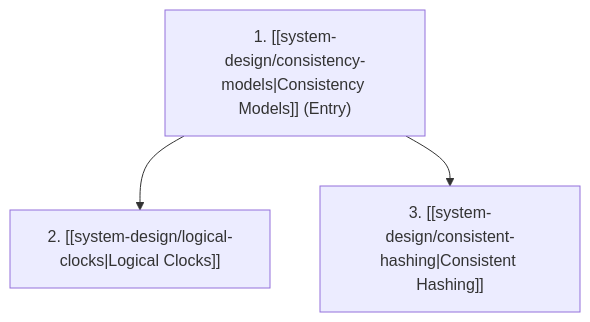
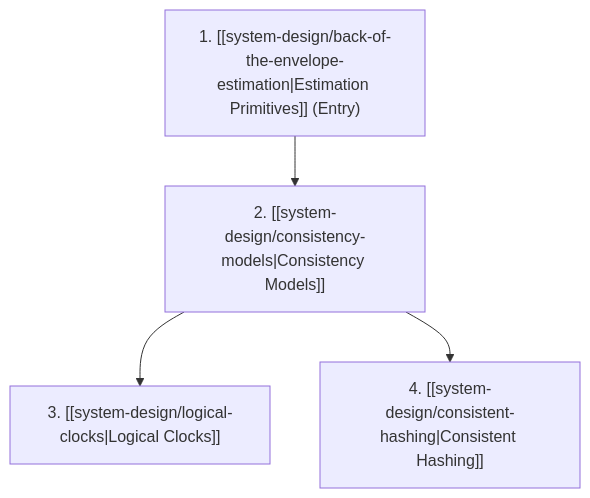
Before and after one commit to LOsioChico/knowledge-base: the diagram in sites/docs/src/content/docs/system-design/index.mdx, drawn with Mermaid. The commit also changed other lines of this file and 5 other files, not shown here.

Commit message:
docs(system-design): add back-of-the-envelope-estimation guide and integrate with track

````diff
--- a/sites/docs/src/content/docs/system-design/index.mdx
+++ b/sites/docs/src/content/docs/system-design/index.mdx
@@ -32,5 +33,6 @@
 ```mermaid
 flowchart TD
-    CM["1. [[system-design/consistency-models|Consistency Models]] (Entry)"] --> LC["2. [[system-design/logical-clocks|Logical Clocks]]"]
-    CM --> CH["3. [[system-design/consistent-hashing|Consistent Hashing]]"]
+    EST["1. [[system-design/back-of-the-envelope-estimation|Estimation Primitives]] (Entry)"] --> CM["2. [[system-design/consistency-models|Consistency Models]]"]
+    CM --> LC["3. [[system-design/logical-clocks|Logical Clocks]]"]
+    CM --> CH["4. [[system-design/consistent-hashing|Consistent Hashing]]"]
 ```
````
